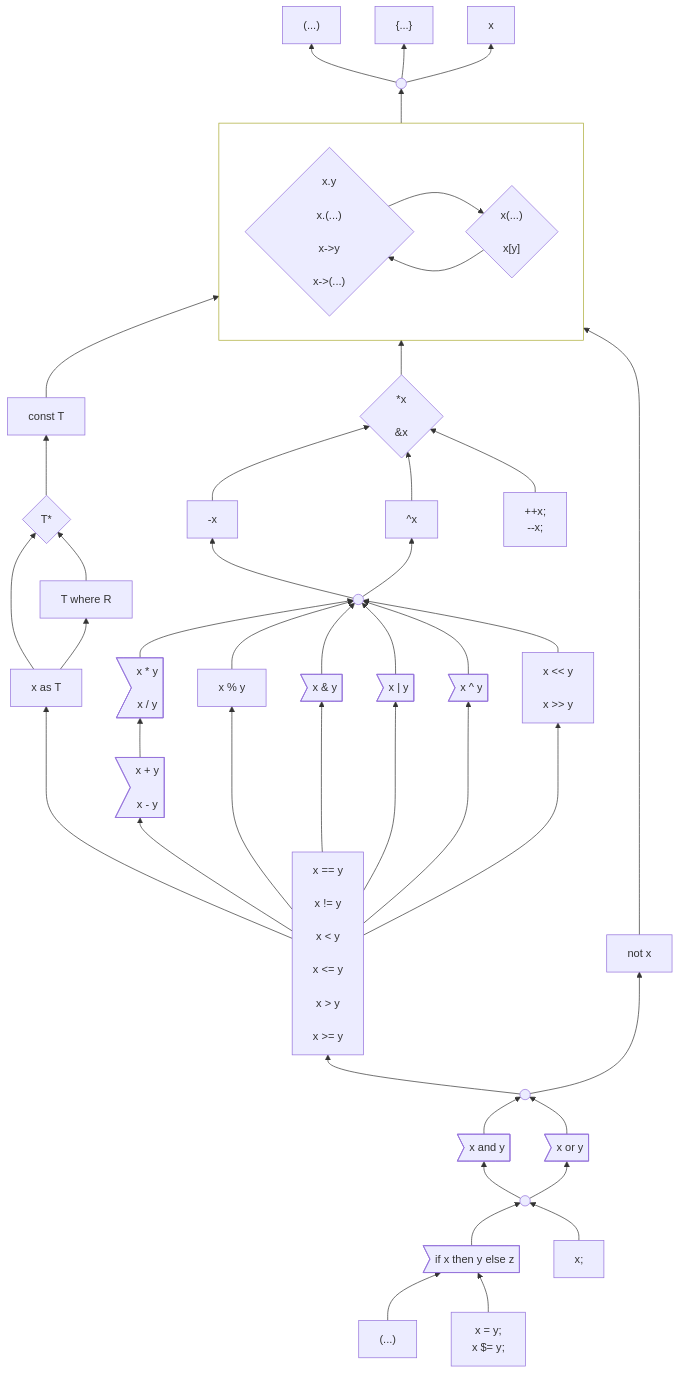
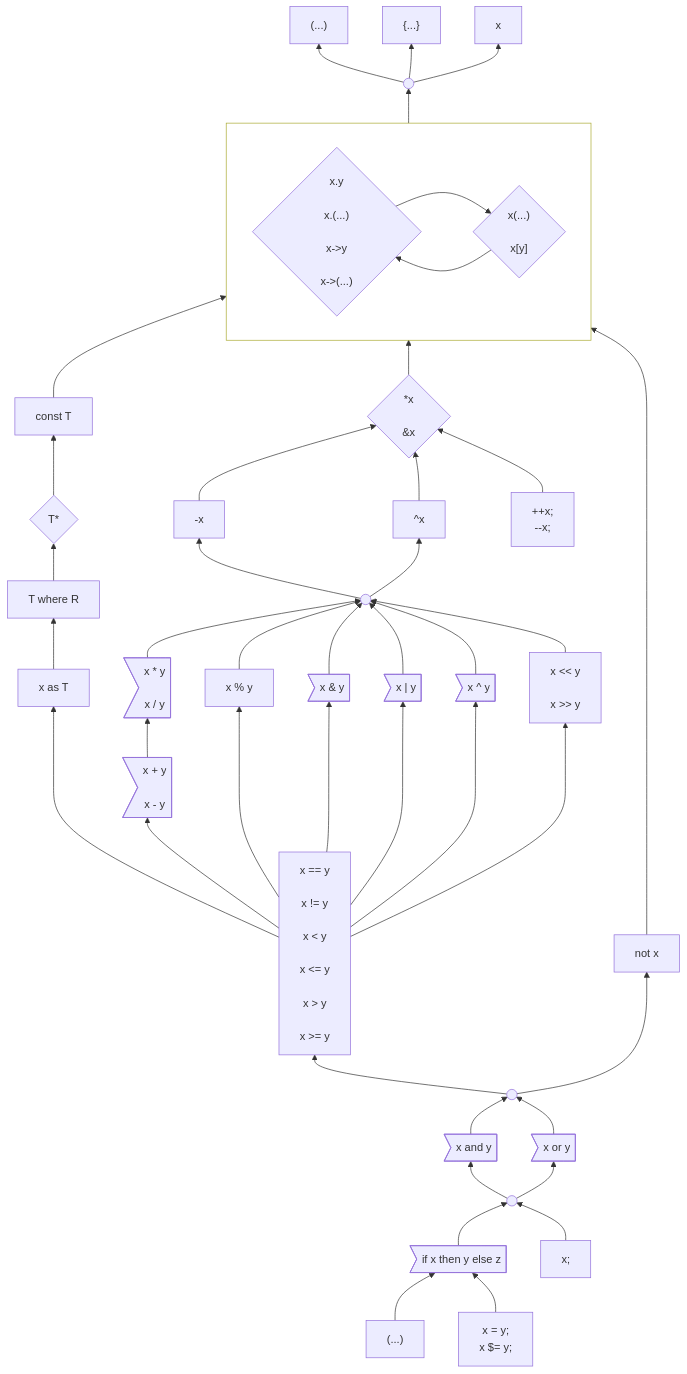
Before and after one commit to carbon-language/carbon-lang: the first of 3 diagrams in docs/design/expressions/README.md, drawn with Mermaid.

Commit message:
Checkpoint progress.

```diff
--- a/docs/design/expressions/README.md
+++ b/docs/design/expressions/README.md
@@ -165,7 +165,6 @@
 
     constType --> memberCallIndex
     pointerType --> constType
-    as --> pointerType
     as --> where
     where --> pointerType
 
```
